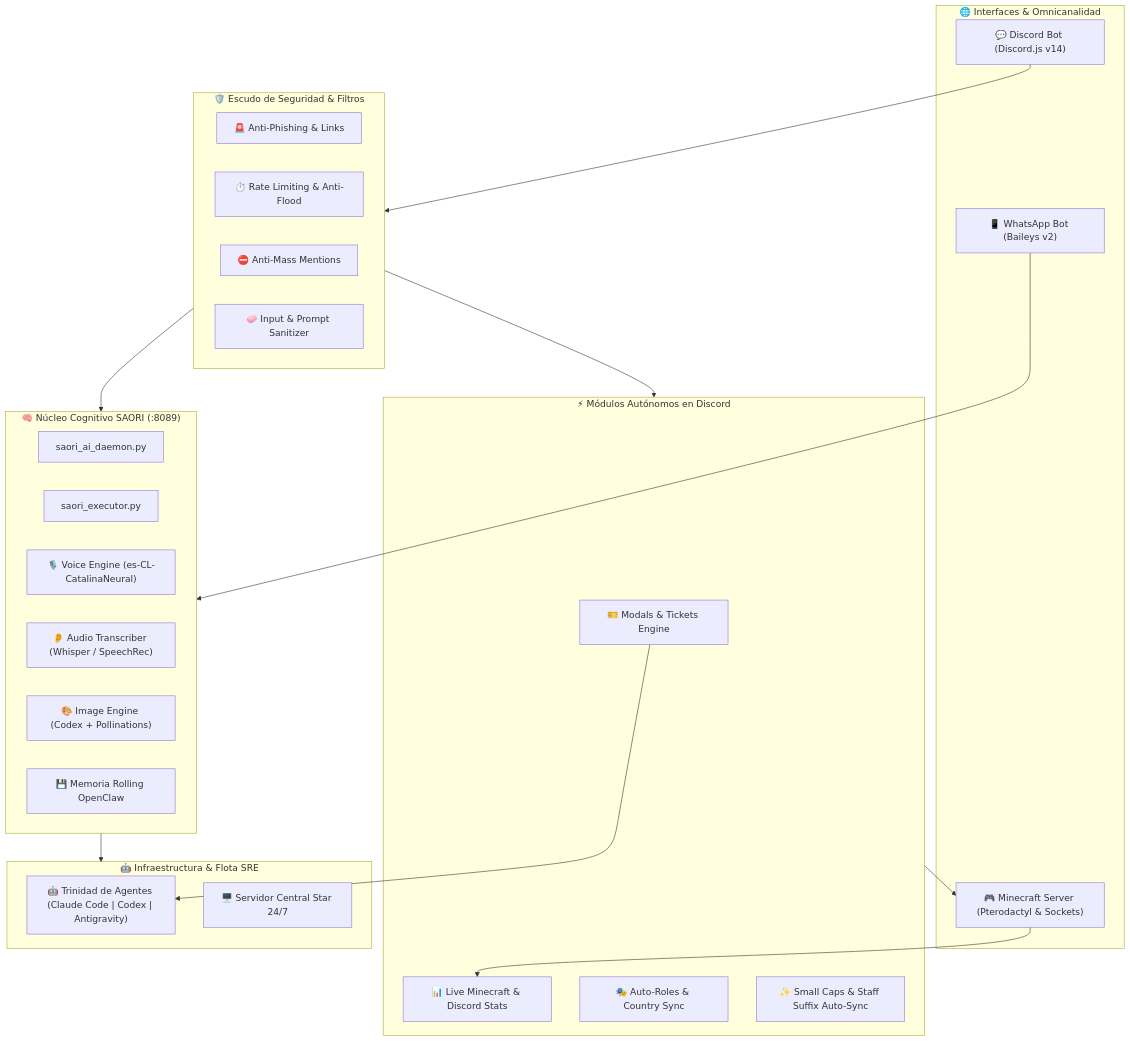
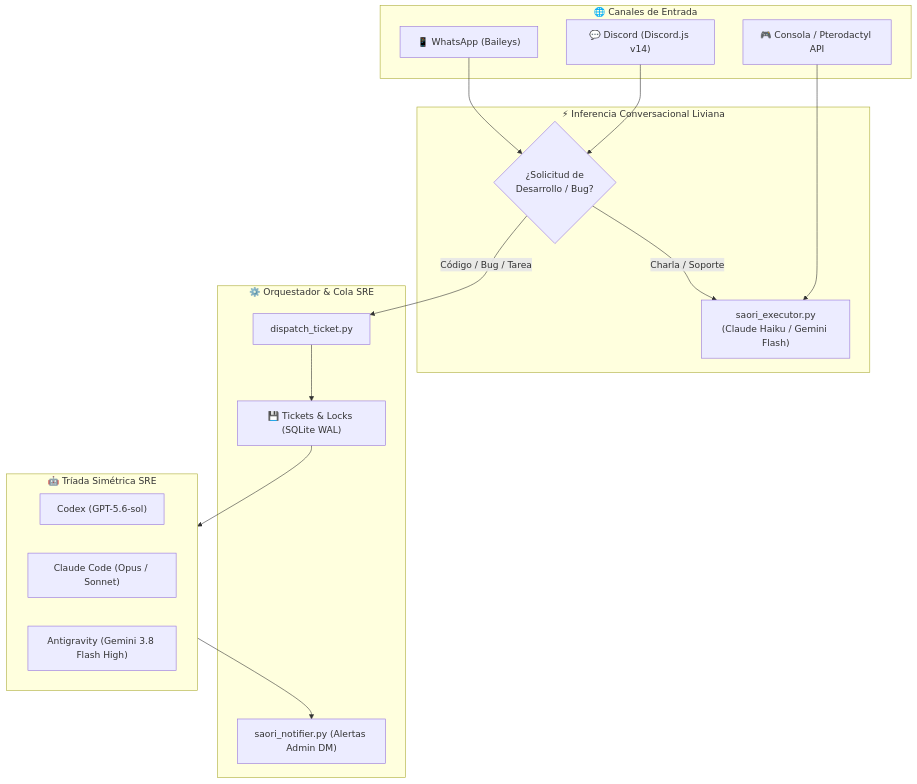
One commit to JackStar6677-1/saori changed the diagram in README.md. Above: the diagram before and after it, drawn with Mermaid. The commit also changed other lines of this file and 10 other files, not shown here.

Commit message:
feat(skeleton): sanitize private credentials/prompts, add symmetric triad architecture and decoupled whatsapp flow

````diff
--- a/README.md
+++ b/README.md
@@ -74,45 +60,34 @@
 ```mermaid
 graph TD
-    subgraph Interfaces ["🌐 Interfaces & Omnicanalidad"]
-        WA["📱 WhatsApp Bot (Baileys v2)"]
-        DC["💬 Discord Bot (Discord.js v14)"]
-        MC["🎮 Minecraft Server (Pterodactyl & Sockets)"]
+    subgraph Canales ["🌐 Canales de Entrada"]
+        WA["📱 WhatsApp (Baileys)"]
+        DC["💬 Discord (Discord.js v14)"]
+        MC["🎮 Consola / Pterodactyl API"]
     end
 
-    subgraph Seguridad ["🛡️ Escudo de Seguridad & Filtros"]
-        Phish["🚨 Anti-Phishing & Links"]
-        Flood["⏱️ Rate Limiting & Anti-Flood"]
-        Raid["⛔ Anti-Mass Mentions"]
-        Sanitize["🧼 Input & Prompt Sanitizer"]
+    subgraph Chatbot ["⚡ Inferencia Conversacional Liviana"]
+        FastBot["saori_executor.py\n(Claude Haiku / Gemini Flash)"]
+        Interceptor{"¿Solicitud de\nDesarrollo / Bug?"}
     end
 
-    subgraph Cerebro ["🧠 Núcleo Cognitivo SAORI (:8089)"]
-        Daemon["saori_ai_daemon.py"]
-        Executor["saori_executor.py"]
-        TTS["🎙️ Voice Engine (es-CL-CatalinaNeural)"]
-        STT["👂 Audio Transcriber (Whisper / SpeechRec)"]
-        IMG["🎨 Image Engine (Codex + Pollinations)"]
-        Mem["💾 Memoria Rolling OpenClaw"]
+    subgraph Orquestacion ["⚙️ Orquestador & Cola SRE"]
+        Dispatcher["dispatch_ticket.py"]
+        TicketDB["💾 Tickets & Locks (SQLite WAL)"]
+        Notifier["saori_notifier.py (Alertas Admin DM)"]
     end
 
-    subgraph Modulos ["⚡ Módulos Autónomos en Discord"]
-        Tickets["🎫 Modals & Tickets Engine"]
-        Stats["📊 Live Minecraft & Discord Stats"]
-        Roles["🎭 Auto-Roles & Country Sync"]
-        StaffMod["✨ Small Caps & Staff Suffix Auto-Sync"]
+    subgraph Triada ["🤖 Tríada Simétrica SRE"]
+        Codex["Codex (GPT-5.6-sol)"]
+        Claude["Claude Code (Opus / Sonnet)"]
+        Antigravity["Antigravity (Gemini 3.8 Flash High)"]
     end
 
-    subgraph SRE ["🤖 Infraestructura & Flota SRE"]
-        Triad["🤖 Trinidad de Agentes (Claude Code | Codex | Antigravity)"]
-        StarHost["🖥️ Servidor Central Star 24/7"]
-    end
-
-    DC --> Seguridad
-    WA --> Cerebro
-    Seguridad --> Cerebro
-    Seguridad --> Modulos
-    Cerebro --> SRE
-    Modulos --> MC
-    MC --> Stats
-    Tickets --> Triad
+    WA --> Interceptor
+    DC --> Interceptor
+    Interceptor -- "Charla / Soporte" --> FastBot
+    Interceptor -- "Código / Bug / Tarea" --> Dispatcher
+    Dispatcher --> TicketDB
+    TicketDB --> Triada
+    Triada --> Notifier
+    MC --> FastBot
 ```
````
